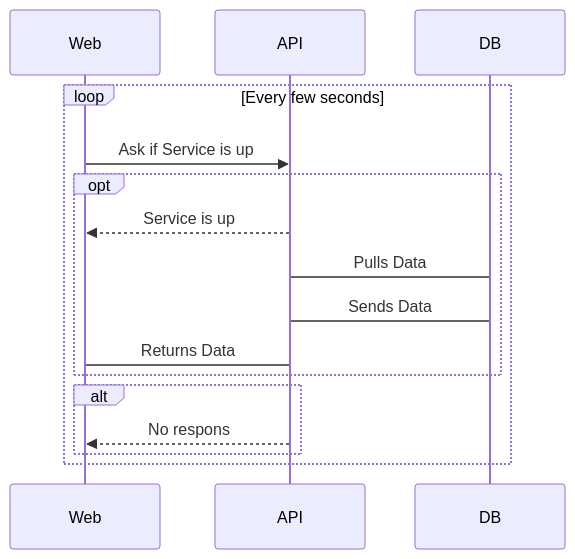
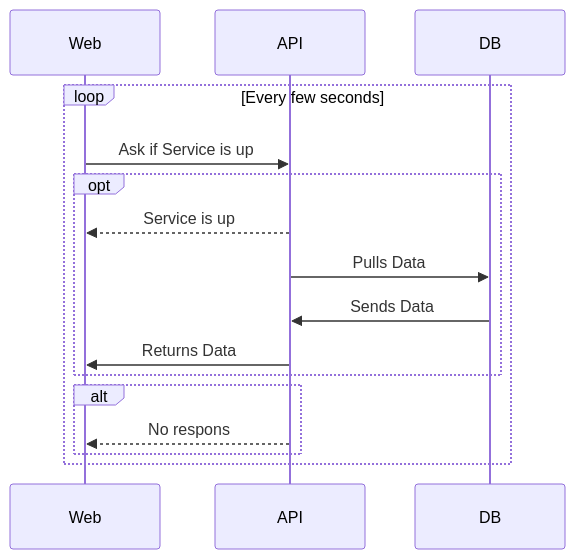
Before and after one commit to ThisIsCed/CSGO-TEAM-API: the fourth of 5 diagrams in README.md, drawn with Mermaid.

````diff
--- a/README.md
+++ b/README.md
@@ -135,15 +135,15 @@
 ```mermaid
 sequenceDiagram
 loop Every few seconds
 Web->> API: Ask if Service is up
 opt
 API -->> Web: Service is up
-API -> DB: Pulls Data
-DB -> API: Sends Data
-API -> Web: Returns Data
+API ->> DB: Pulls Data
+DB ->> API: Sends Data
+API ->> Web: Returns Data
 end
 alt
 API -->> Web: No respons
 end
 end
 ```
````
